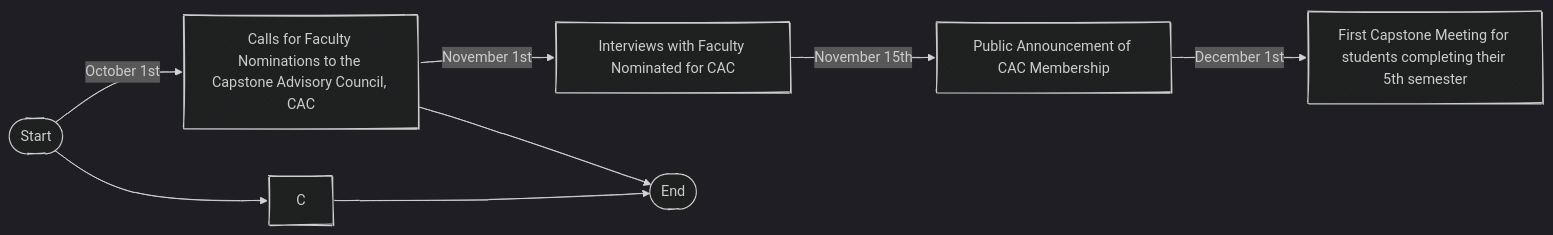
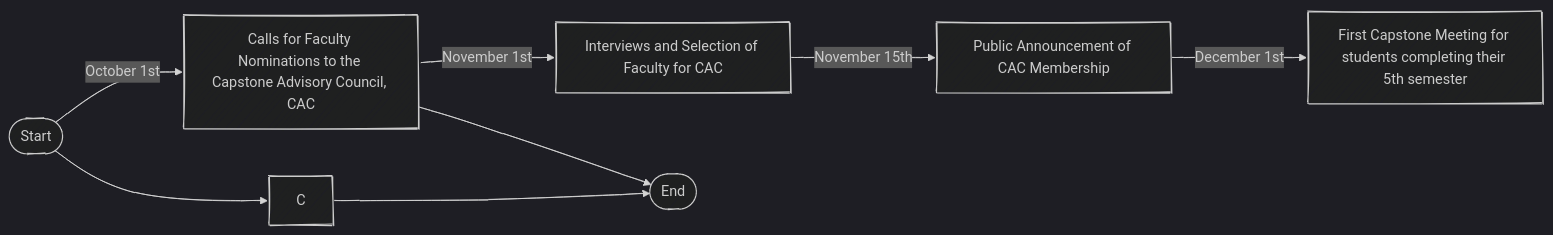
Before and after one commit to mkarau/testMermaid: the second of 2 diagrams in simplelow.md, drawn with Mermaid.

````diff
--- a/simplelow.md
+++ b/simplelow.md
@@ -9,15 +9,15 @@
 ```mermaid
 ---
 config:
       look: handDrawn
       theme: dark
 ---
 flowchart LR;
       A([Start])-->|October 1st| B[Calls for Faculty Nominations to the Capstone Advisory Council, CAC];
-      B-->|November 1st| E[Interviews with Faculty Nominated for CAC]
+      B-->|November 1st| E[Interviews and Selection of Faculty for CAC]
       E-->|November 15th| F[Public Announcement of CAC Membership]
       F-->|December 1st| G[First Capstone Meeting for students completing their 5th semester]
       A-->C;
       B-->D;
       C-->D([End]);
 ```
````
